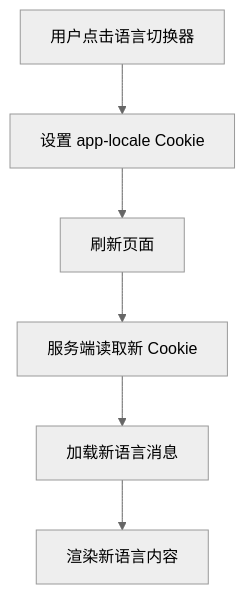
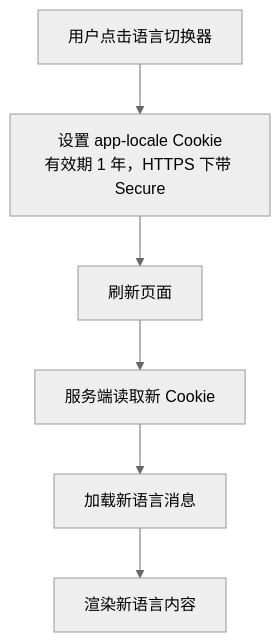
One commit to Sun1090/IndieStack changed the fourth of 4 diagrams in docs/architecture/10-i18n.md. Above: the diagram before and after it, drawn with Mermaid (neutral theme). The commit also changed other lines of this file and 11 other files, not shown here.

````diff
--- a/docs/architecture/10-i18n.md
+++ b/docs/architecture/10-i18n.md
@@ -157,8 +159,8 @@
 ```mermaid
 flowchart TD
-    User["用户点击语言切换器"] --> SetCookie["设置 app-locale Cookie"]
+    User["用户点击语言切换器"] --> SetCookie["设置 app-locale Cookie<br/>有效期 1 年，HTTPS 下带 Secure"]
     SetCookie --> Refresh["刷新页面"]
     Refresh --> Request["服务端读取新 Cookie"]
     Request --> LoadNew["加载新语言消息"]
     LoadNew --> Render["渲染新语言内容"]
 ```
````
